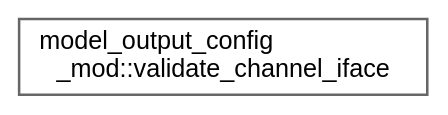
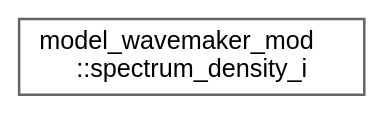
One commit to mayhl/FUNWAVE-TVD changed the diagram in release/v4.0-beta/inherit_graph_47.dot. Above: the diagram before and after it, drawn with Graphviz. The commit also changed 126 other files, not shown here.

```diff
--- a/release/v4.0-beta/inherit_graph_47.dot
+++ b/release/v4.0-beta/inherit_graph_47.dot
@@ -1,9 +1,9 @@
 digraph "Graphical Class Hierarchy"
 {
  // LATEX_PDF_SIZE
   bgcolor="transparent";
   edge [fontname=Helvetica,fontsize=10,labelfontname=Helvetica,labelfontsize=10];
   node [fontname=Helvetica,fontsize=10,shape=box,height=0.2,width=0.4];
   rankdir="LR";
-  Node0 [id="Node000000",label="model_output_config\l_mod::validate_channel_iface",height=0.2,width=0.4,color="grey40", fillcolor="white", style="filled",URL="$interfacemodel__output__config__mod_1_1validate__channel__iface.html",tooltip=" "];
+  Node0 [id="Node000000",label="model_wavemaker_mod\l::spectrum_density_i",height=0.2,width=0.4,color="grey40", fillcolor="white", style="filled",URL="$interfacemodel__wavemaker__mod_1_1spectrum__density__i.html",tooltip=" "];
 }
```
